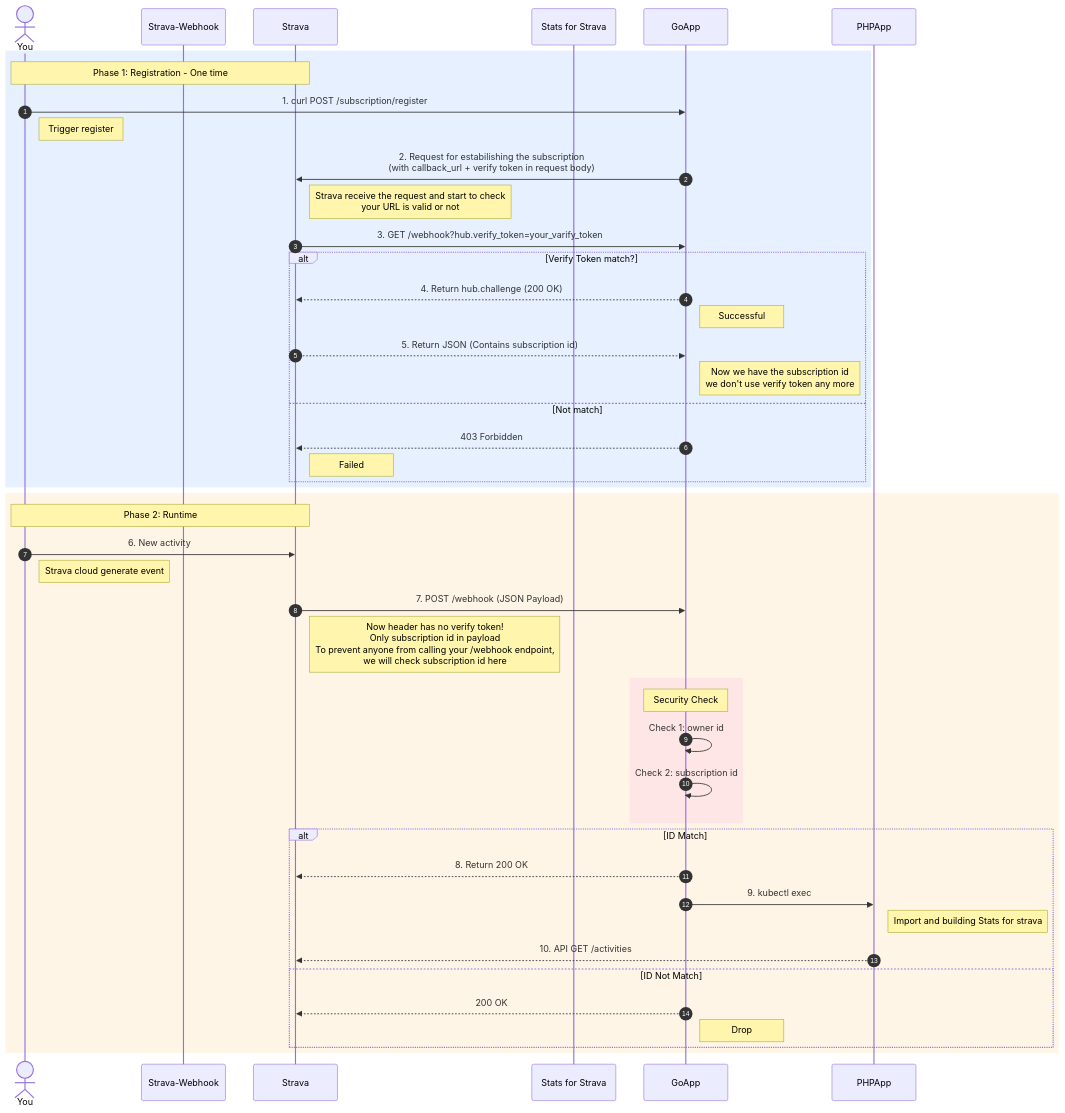
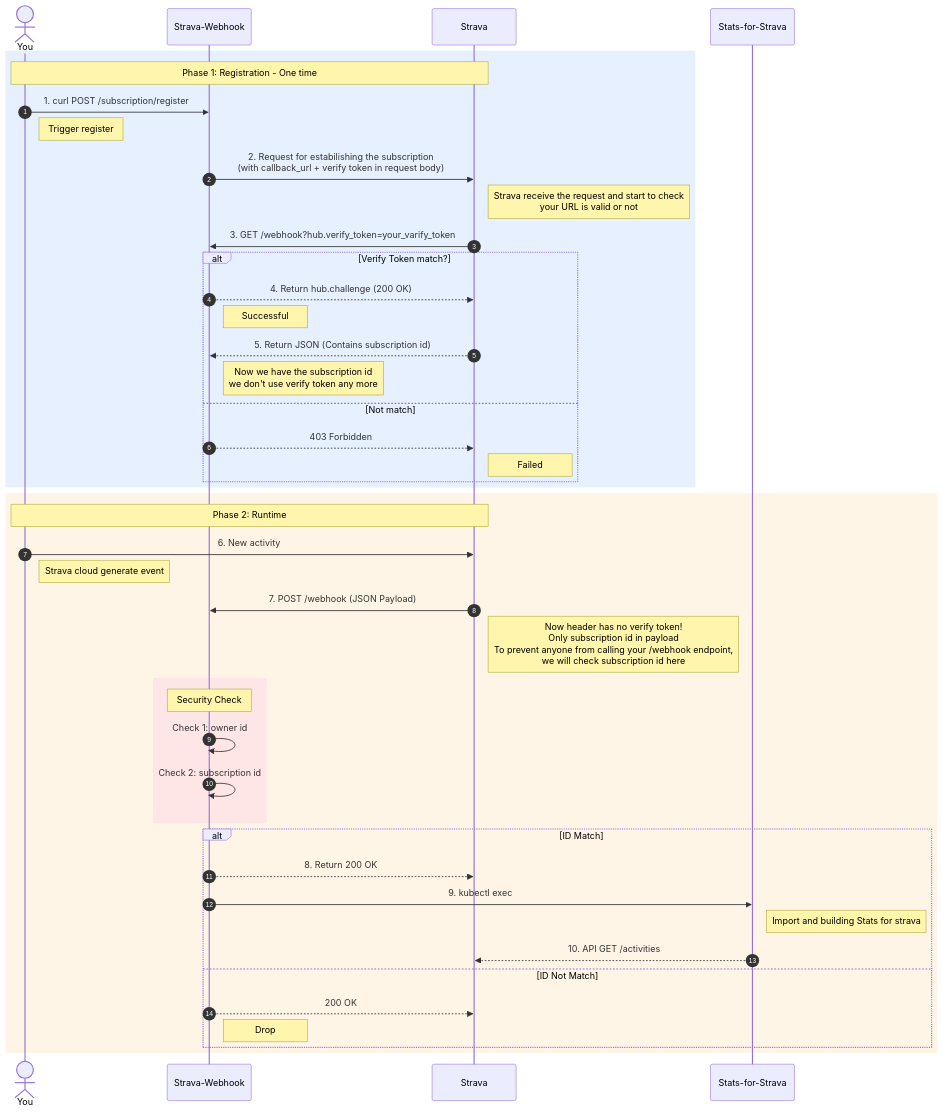
Before and after one commit to Kyxie/strava-webhook: the diagram in README.md, drawn with Mermaid.

````diff
--- a/README.md
+++ b/README.md
@@ -60,59 +60,59 @@
   ```mermaid
   sequenceDiagram
       autonumber
       actor User as You
       participant Strava-Webhook
       participant Strava
-      participant Stats for Strava
+      participant Stats-for-Strava
   
       rect rgb(230, 240, 255)
           Note over User, Strava: Phase 1: Registration - One time
           
-          User->>GoApp: 1. curl POST /subscription/register
+          User->>Strava-Webhook: 1. curl POST /subscription/register
           Note right of User: Trigger register
           
-          GoApp->>Strava: 2. Request for estabilishing the subscription<br/>(with callback_url + verify token in request body)
+          Strava-Webhook->>Strava: 2. Request for estabilishing the subscription<br/>(with callback_url + verify token in request body)
           
           Note right of Strava: Strava receive the request and start to check<br/>your URL is valid or not
           
-          Strava->>GoApp: 3. GET /webhook?hub.verify_token=your_varify_token
+          Strava->>Strava-Webhook: 3. GET /webhook?hub.verify_token=your_varify_token
           
           alt Verify Token match?
-              GoApp-->>Strava: 4. Return hub.challenge (200 OK)
-              Note right of GoApp: Successful
-              Strava-->>GoApp: 5. Return JSON (Contains subscription id)
-              Note right of GoApp: Now we have the subscription id <br/> we don't use verify token any more
+              Strava-Webhook-->>Strava: 4. Return hub.challenge (200 OK)
+              Note right of Strava-Webhook: Successful
+              Strava-->>Strava-Webhook: 5. Return JSON (Contains subscription id)
+              Note right of Strava-Webhook: Now we have the subscription id <br/> we don't use verify token any more
           else Not match
-              GoApp-->>Strava: 403 Forbidden
+              Strava-Webhook-->>Strava: 403 Forbidden
               Note right of Strava: Failed
           end
       end
   
       rect rgb(255, 245, 230)
           Note over User, Strava: Phase 2: Runtime
           
           User->>Strava: 6. New activity
           Note right of User: Strava cloud generate event
           
-          Strava->>GoApp: 7. POST /webhook (JSON Payload)
+          Strava->>Strava-Webhook: 7. POST /webhook (JSON Payload)
           Note right of Strava: Now header has no verify token!<br/>Only subscription id in payload <br/> To prevent anyone from calling your /webhook endpoint, <br/> we will check subscription id here
           
           rect rgb(255, 230, 230)
-              Note over GoApp: Security Check
-              GoApp->>GoApp: Check 1:  owner id
-              GoApp->>GoApp: Check 2: subscription id
+              Note over Strava-Webhook: Security Check
+              Strava-Webhook->>Strava-Webhook: Check 1:  owner id
+              Strava-Webhook->>Strava-Webhook: Check 2: subscription id
           end
           
           alt ID Match
-              GoApp-->>Strava: 8. Return 200 OK
-              GoApp->>PHPApp: 9. kubectl exec
+              Strava-Webhook-->>Strava: 8. Return 200 OK
+              Strava-Webhook->>Stats-for-Strava: 9. kubectl exec
               
-              Note right of PHPApp: Import and building Stats for strava
-              PHPApp-->>Strava: 10. API GET /activities
+              Note right of Stats-for-Strava: Import and building Stats for strava
+              Stats-for-Strava-->>Strava: 10. API GET /activities
               
           else ID Not Match
-              GoApp-->>Strava: 200 OK
-              Note right of GoApp: Drop
+              Strava-Webhook-->>Strava: 200 OK
+              Note right of Strava-Webhook: Drop
           end
       end
   ```
````
